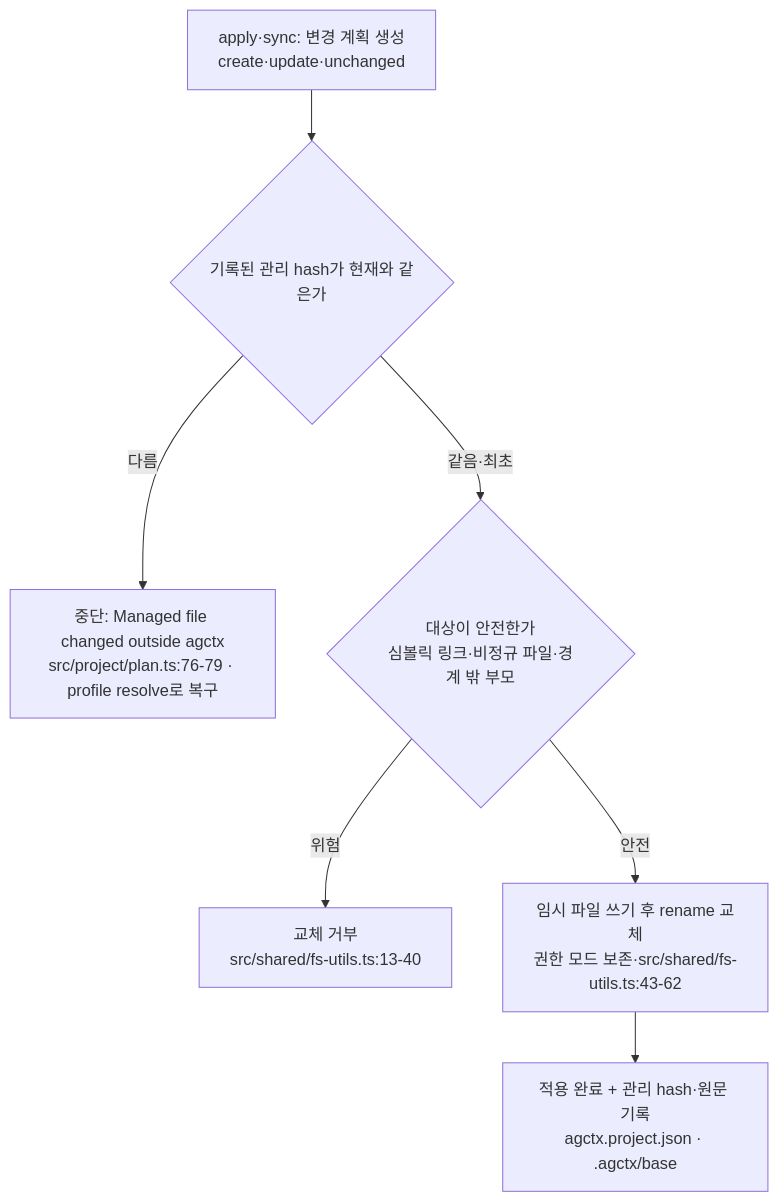
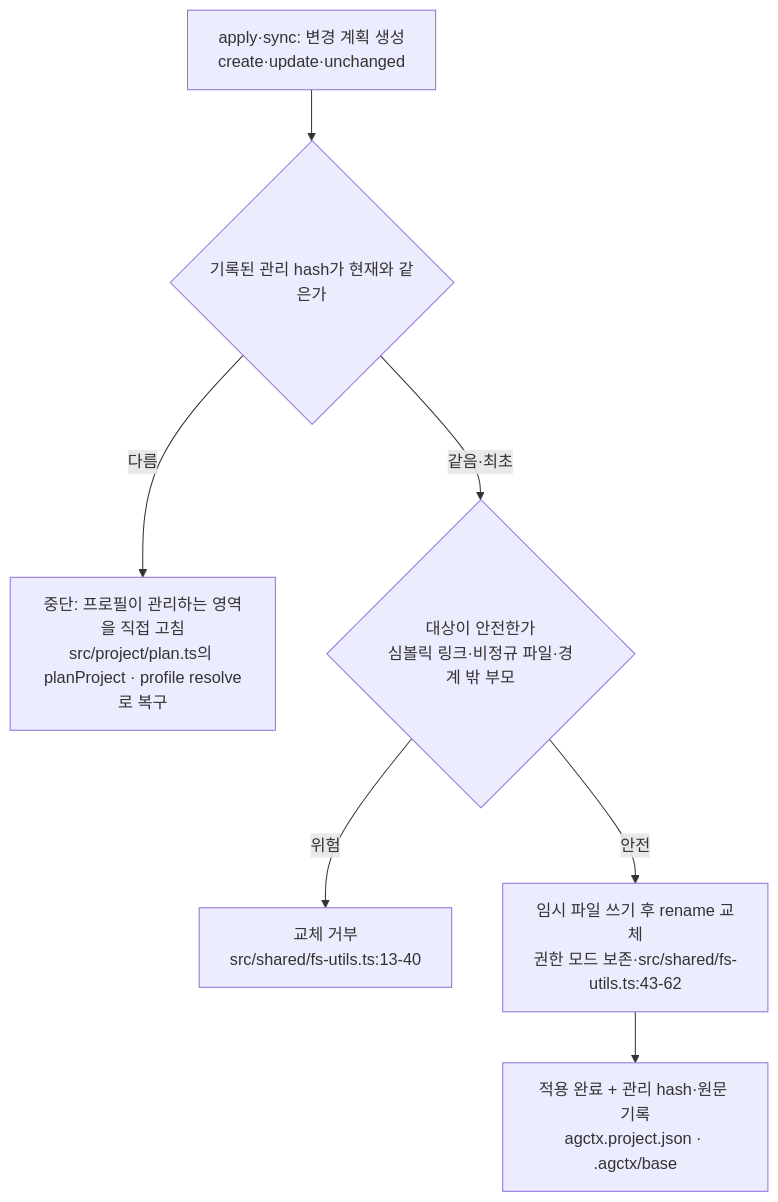
One commit to IsthisLee/agent-context-manager changed the fourth of 6 diagrams in docs/contributing/implementation-principles.md. Above: the diagram before and after it, drawn with Mermaid. The commit also changed other lines of this file and 81 other files, not shown here.

````diff
--- a/docs/contributing/implementation-principles.md
+++ b/docs/contributing/implementation-principles.md
@@ -416,9 +420,9 @@
 ```mermaid
 flowchart TD
   P["apply·sync: 변경 계획 생성<br/>create·update·unchanged"] --> H{"기록된 관리 hash가 현재와 같은가"}
-  H -->|"다름"| STOP["중단: Managed file changed outside agctx<br/>src/project/plan.ts:76-79 · profile resolve로 복구"]
+  H -->|"다름"| STOP["중단: 프로필이 관리하는 영역을 직접 고침<br/>src/project/plan.ts의 planProject · profile resolve로 복구"]
   H -->|"같음·최초"| SAFE{"대상이 안전한가<br/>심볼릭 링크·비정규 파일·경계 밖 부모"}
   SAFE -->|"위험"| REFUSE["교체 거부<br/>src/shared/fs-utils.ts:13-40"]
   SAFE -->|"안전"| ATOM["임시 파일 쓰기 후 rename 교체<br/>권한 모드 보존·src/shared/fs-utils.ts:43-62"]
   ATOM --> DONE["적용 완료 + 관리 hash·원문 기록<br/>agctx.project.json · .agctx/base"]
 ```
````
